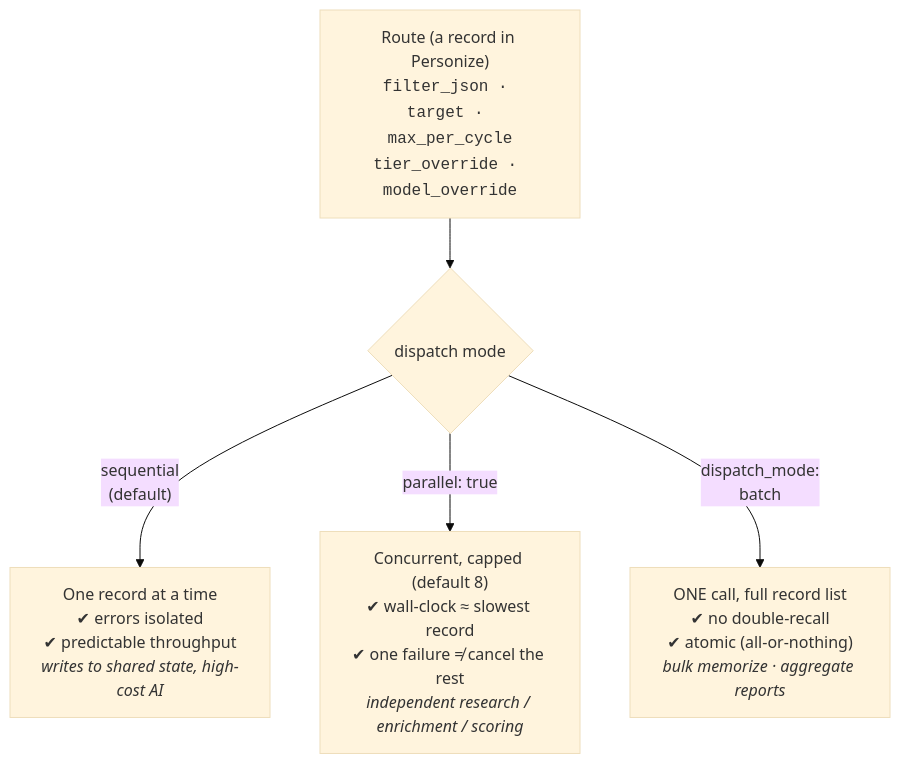
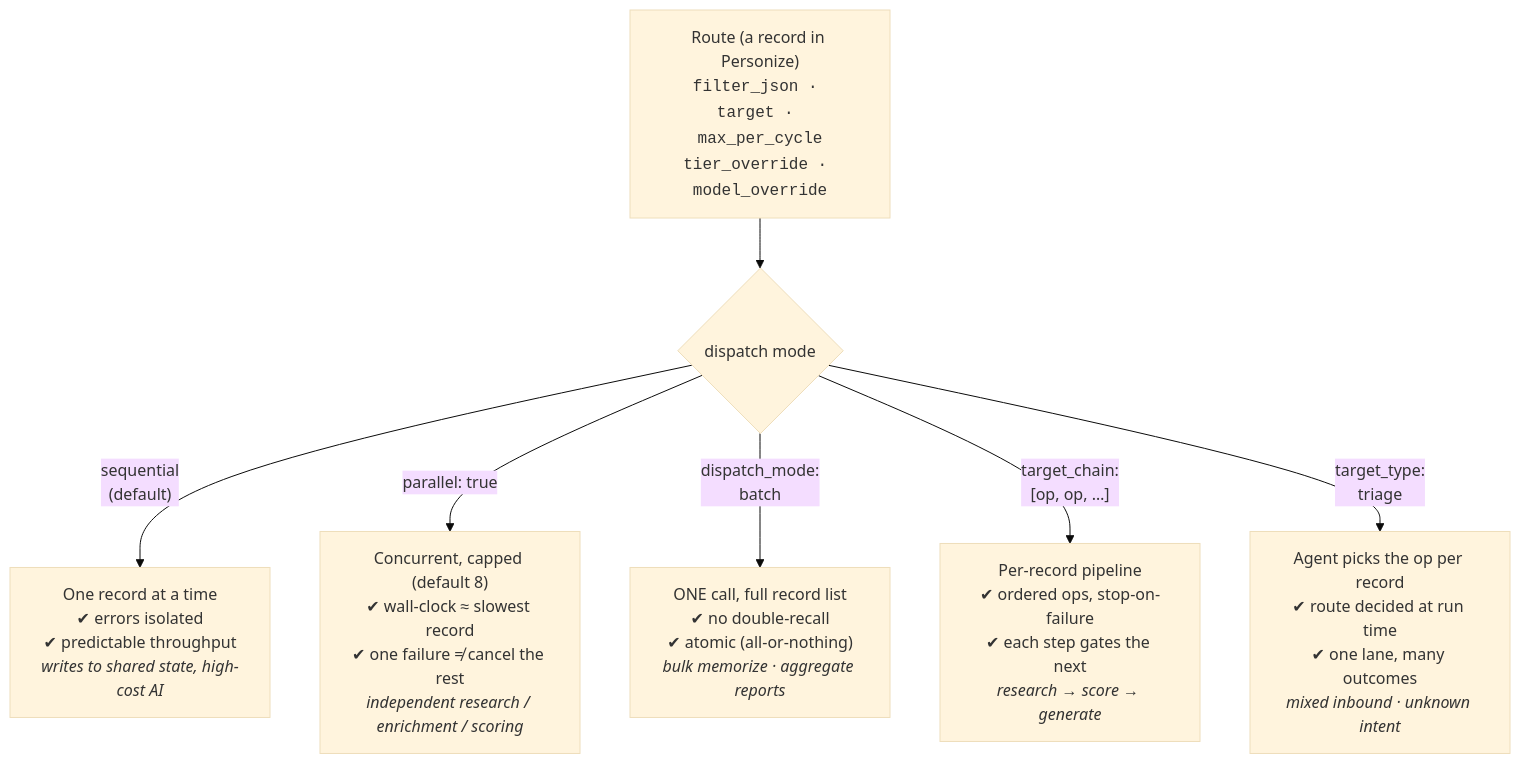
One commit to personizeai/crm-ai-operators changed the third of 4 diagrams in docs/ARCHITECTURE.md. Above: the diagram before and after it, drawn with Mermaid (base theme). The commit also changed other lines of this file and 7 other files, not shown here.

````diff
--- a/docs/ARCHITECTURE.md
+++ b/docs/ARCHITECTURE.md
@@ -66,9 +66,11 @@
 ```mermaid
 flowchart TB
   R["Route (a record in Personize)<br/><code>filter_json · target · max_per_cycle<br/>tier_override · model_override</code>"]
   R --> Q{dispatch mode}
 
   Q -->|"sequential<br/>(default)"| S["One record at a time<br/>✔ errors isolated<br/>✔ predictable throughput<br/><i>writes to shared state, high-cost AI</i>"]
   Q -->|"parallel: true"| P["Concurrent, capped (default 8)<br/>✔ wall-clock ≈ slowest record<br/>✔ one failure ≠ cancel the rest<br/><i>independent research / enrichment / scoring</i>"]
   Q -->|"dispatch_mode:<br/>batch"| B["ONE call, full record list<br/>✔ no double-recall<br/>✔ atomic (all-or-nothing)<br/><i>bulk memorize · aggregate reports</i>"]
+  Q -->|"target_chain:<br/>[op, op, …]"| C["Per-record pipeline<br/>✔ ordered ops, stop-on-failure<br/>✔ each step gates the next<br/><i>research → score → generate</i>"]
+  Q -->|"target_type:<br/>triage"| T["Agent picks the op per record<br/>✔ route decided at run time<br/>✔ one lane, many outcomes<br/><i>mixed inbound · unknown intent</i>"]
 ```
````
